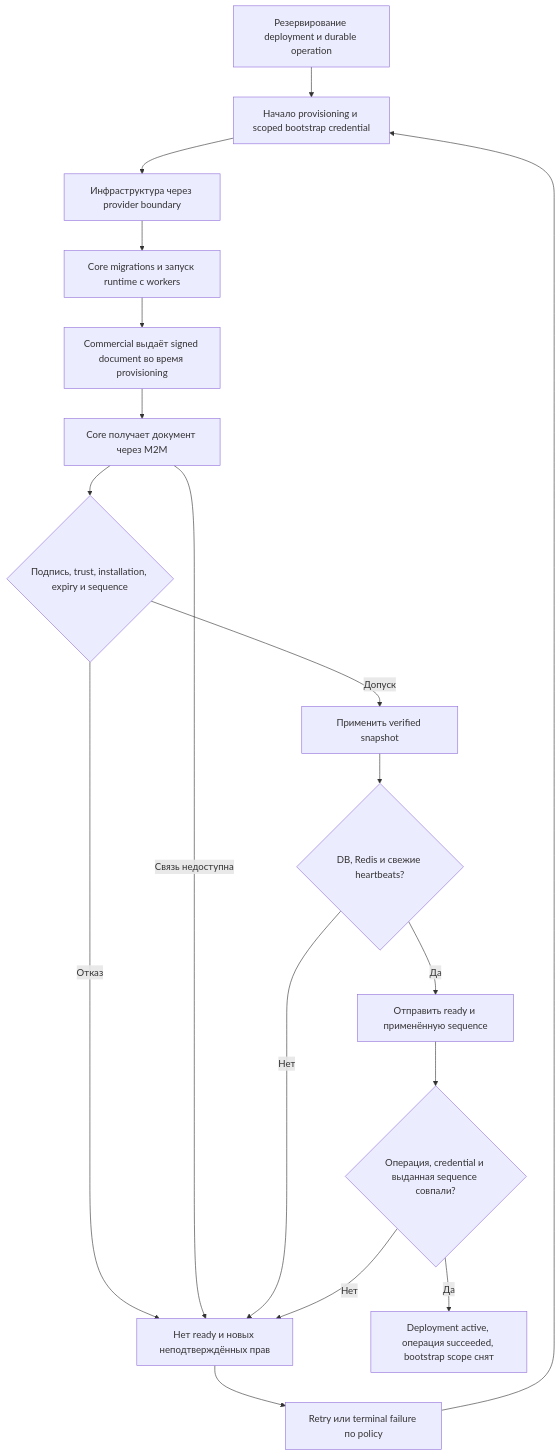
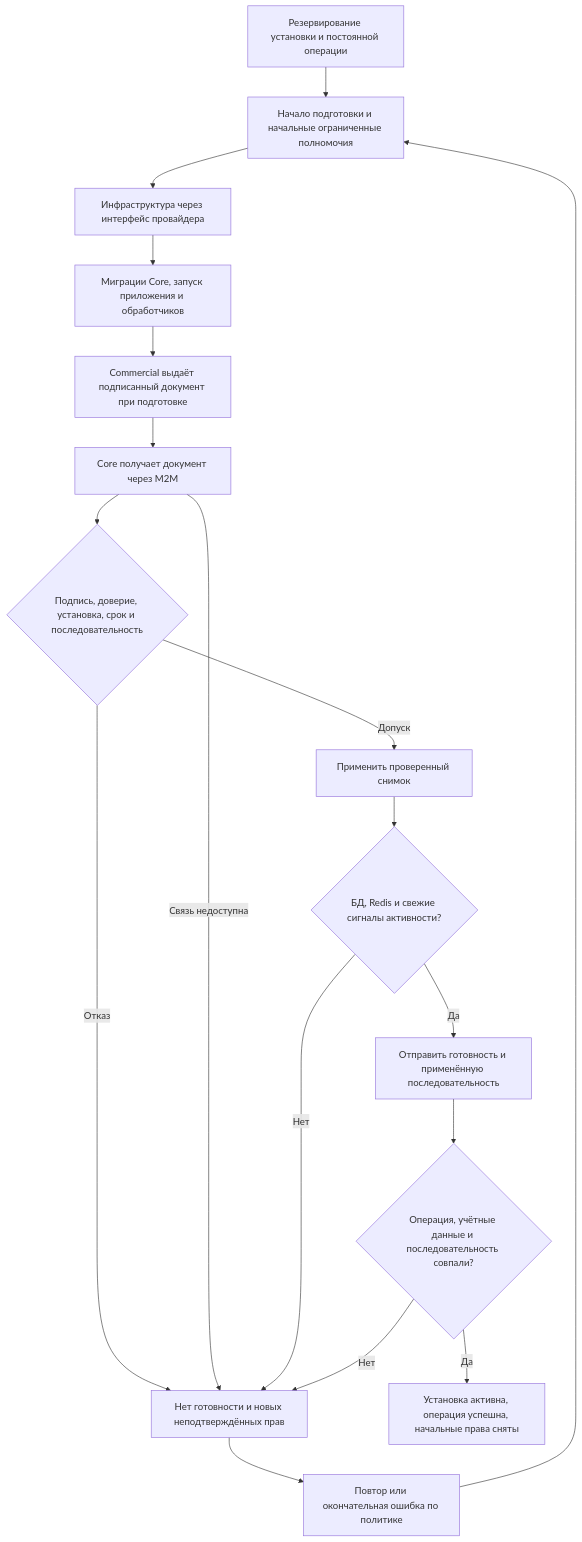
The diagram in docs/processes/10-provisioning.mmd (YCleffo/Platform), drawn with Mermaid before and after one commit. The commit also changed 188 other files, not shown here.

```diff
--- a/docs/processes/10-provisioning.mmd
+++ b/docs/processes/10-provisioning.mmd
@@ -1,18 +1,18 @@
 flowchart TD
-  Reserve[Резервирование deployment и durable operation] --> Start[Начало provisioning и scoped bootstrap credential]
-  Start --> Infrastructure[Инфраструктура через provider boundary]
-  Infrastructure --> Migrate[Core migrations и запуск runtime с workers]
-  Migrate --> Issue[Commercial выдаёт signed document во время provisioning]
+  Reserve[Резервирование установки и постоянной операции] --> Start[Начало подготовки и начальные ограниченные полномочия]
+  Start --> Infrastructure[Инфраструктура через интерфейс провайдера]
+  Infrastructure --> Migrate[Миграции Core, запуск приложения и обработчиков]
+  Migrate --> Issue[Commercial выдаёт подписанный документ при подготовке]
   Issue --> Pull[Core получает документ через M2M]
-  Pull --> Verify{Подпись, trust, installation, expiry и sequence}
-  Verify -->|Допуск| Apply[Применить verified snapshot]
-  Verify -->|Отказ| Fail[Нет ready и новых неподтверждённых прав]
+  Pull --> Verify{Подпись, доверие, установка, срок и последовательность}
+  Verify -->|Допуск| Apply[Применить проверенный снимок]
+  Verify -->|Отказ| Fail[Нет готовности и новых неподтверждённых прав]
   Pull -->|Связь недоступна| Fail
-  Apply --> Ready{DB, Redis и свежие heartbeats?}
+  Apply --> Ready{БД, Redis и свежие сигналы активности?}
   Ready -->|Нет| Fail
-  Ready -->|Да| Report[Отправить ready и применённую sequence]
-  Report --> Accept{Операция, credential и выданная sequence совпали?}
+  Ready -->|Да| Report[Отправить готовность и применённую последовательность]
+  Report --> Accept{Операция, учётные данные и последовательность совпали?}
   Accept -->|Нет| Fail
-  Accept -->|Да| Active[Deployment active, операция succeeded, bootstrap scope снят]
-  Fail --> Retry[Retry или terminal failure по policy]
+  Accept -->|Да| Active[Установка активна, операция успешна, начальные права сняты]
+  Fail --> Retry[Повтор или окончательная ошибка по политике]
   Retry --> Start
```
